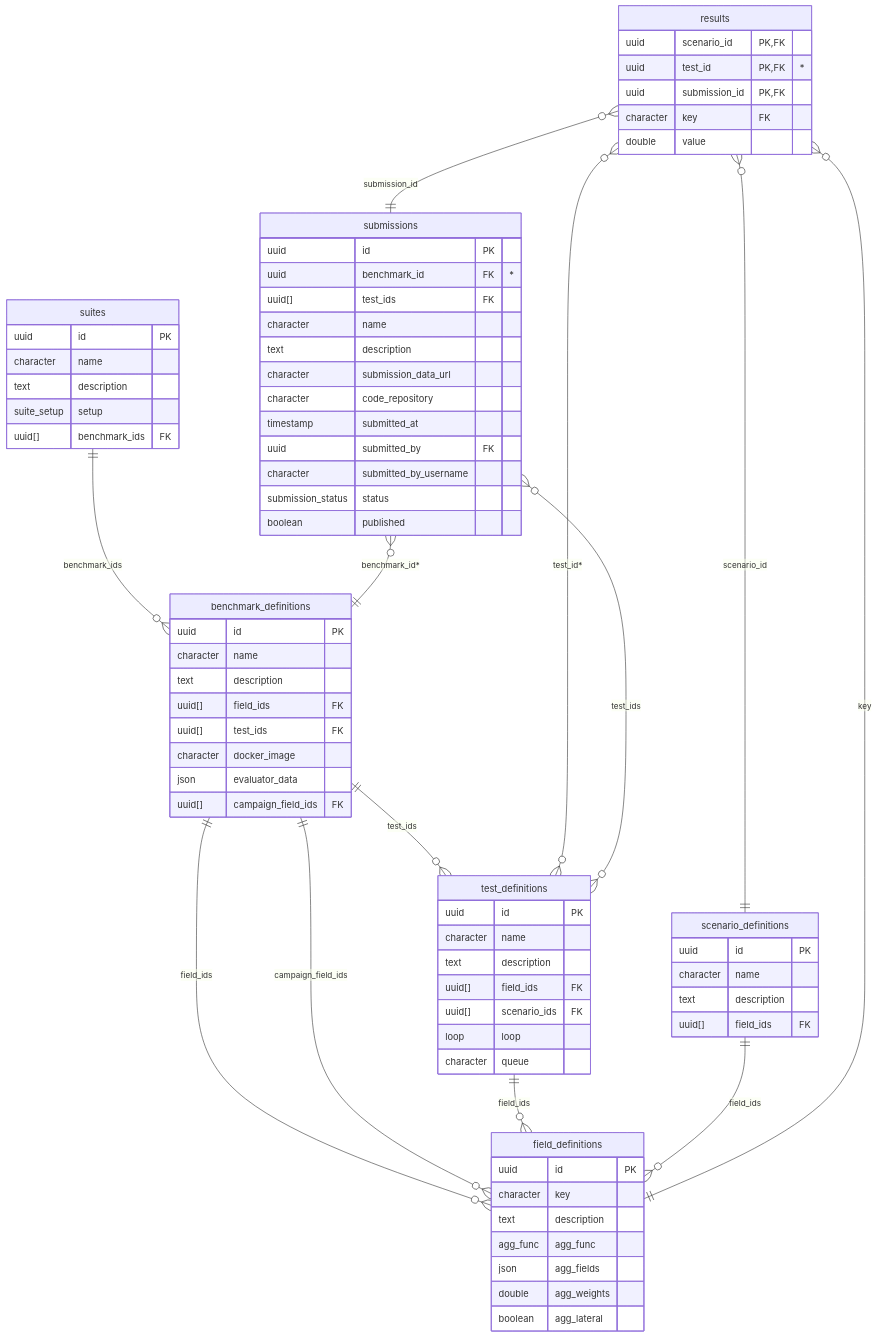
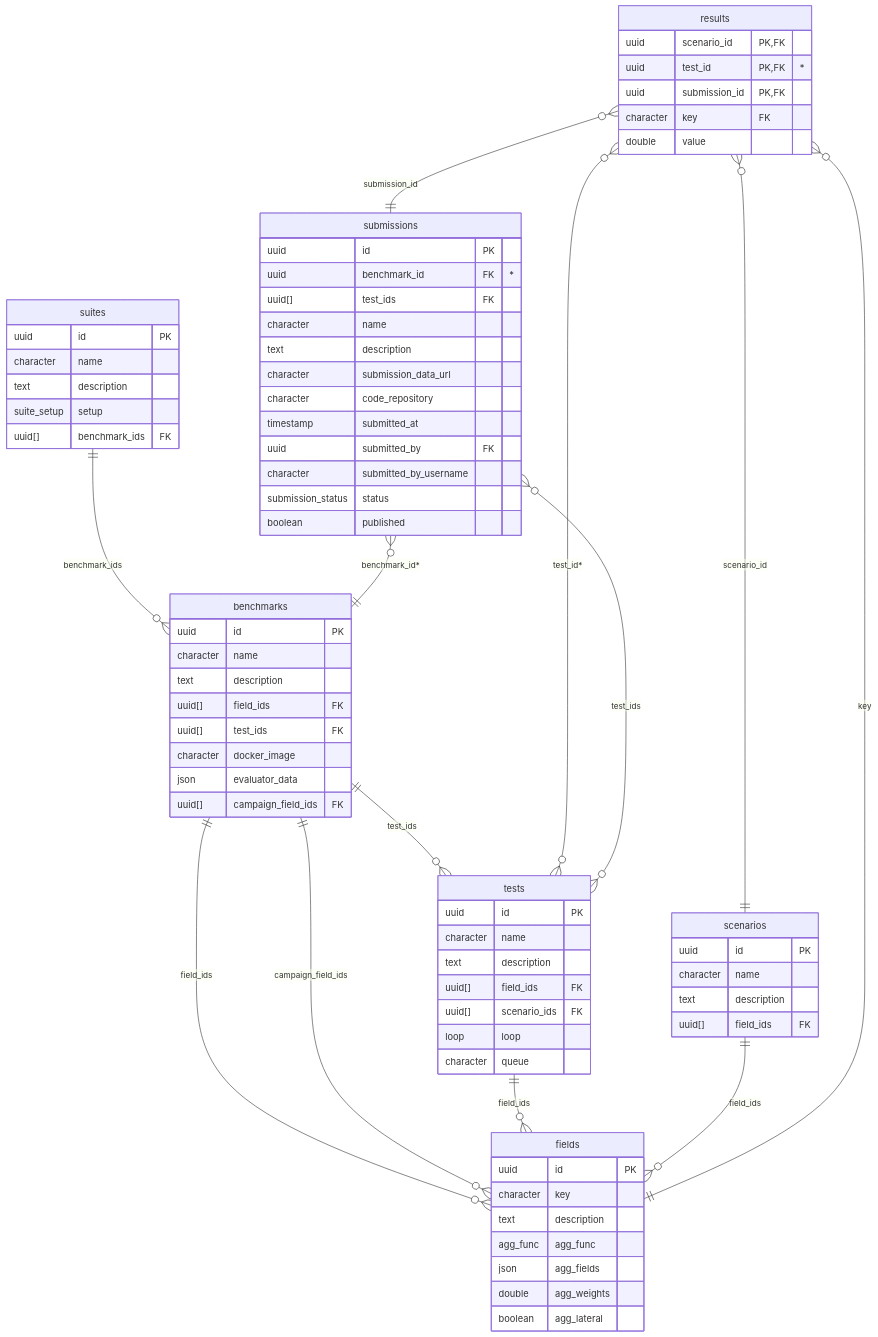
The second of 6 diagrams in docs/ARCHITECTURE.md (flatland-association/flatland-benchmarks), drawn with Mermaid before and after one commit. The commit also changed other lines of this file and 10 other files, not shown here.

````diff
--- a/docs/ARCHITECTURE.md
+++ b/docs/ARCHITECTURE.md
@@ -432,19 +431,19 @@
 ```mermaid
 erDiagram
-  suites one to zero or more benchmark_definitions: benchmark_ids
-  benchmark_definitions one to zero or more field_definitions: field_ids
-  benchmark_definitions one to zero or more field_definitions: campaign_field_ids
-  benchmark_definitions one to zero or more test_definitions: test_ids
-  test_definitions one to zero or more field_definitions: field_ids
-  scenario_definitions one to zero or more field_definitions: field_ids
-  results many to many test_definitions: "test_id*"
-  results many to 1 scenario_definitions: scenario_id
+  suites one to zero or more benchmarks: benchmark_ids
+  benchmarks one to zero or more fields: field_ids
+  benchmarks one to zero or more fields: campaign_field_ids
+  benchmarks one to zero or more tests: test_ids
+  tests one to zero or more fields: field_ids
+  scenarios one to zero or more fields: field_ids
+  results many to many tests: "test_id*"
+  results many to 1 scenarios: scenario_id
   results many to 1 submissions: submission_id
-  results many to one field_definitions: key
-  submissions many to 1 benchmark_definitions: "benchmark_id*"
-  submissions many to many test_definitions: test_ids
+  results many to one fields: key
+  submissions many to 1 benchmarks: "benchmark_id*"
+  submissions many to many tests: test_ids
 
-  field_definitions {
+  fields {
     uuid id PK
     character key
     text description
@@ -485,7 +484,7 @@
     uuid[] benchmark_ids FK
   }
 
-  benchmark_definitions {
+  benchmarks {
     uuid id PK
     character name
     text description
@@ -496,7 +495,7 @@
     uuid[] campaign_field_ids FK
   }
 
-  test_definitions {
+  tests {
     uuid id PK
     character name
     text description
@@ -506,7 +505,7 @@
     character queue
   }
 
-  scenario_definitions {
+  scenarios {
     uuid id PK
     character name
     text description
````
